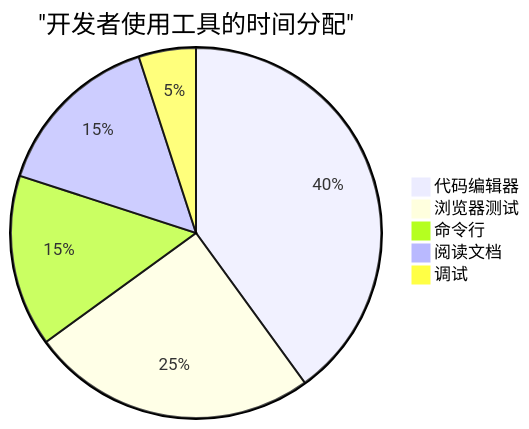
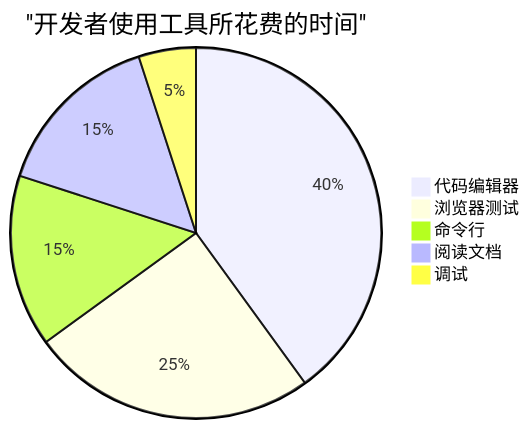
One commit to microsoft/Web-Dev-For-Beginners changed the sixth of 7 diagrams in translations/zh-CN/1-getting-started-lessons/1-intro-to-programming-languages/README.md. Above: the diagram before and after it, drawn with Mermaid. The commit also changed other lines of this file and 8 other files, not shown here.

````diff
--- a/translations/zh-CN/1-getting-started-lessons/1-intro-to-programming-languages/README.md
+++ b/translations/zh-CN/1-getting-started-lessons/1-intro-to-programming-languages/README.md
@@ -713,8 +710,8 @@
 ```mermaid
-pie title "开发者使用工具的时间分配"
+pie title "开发者使用工具所花费的时间"
     "代码编辑器" : 40
     "浏览器测试" : 25
     "命令行" : 15
     "阅读文档" : 15
     "调试" : 5
-```
+```  
````
